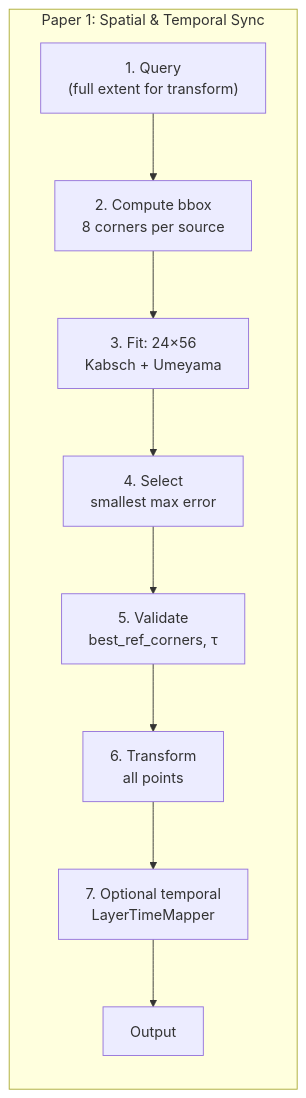
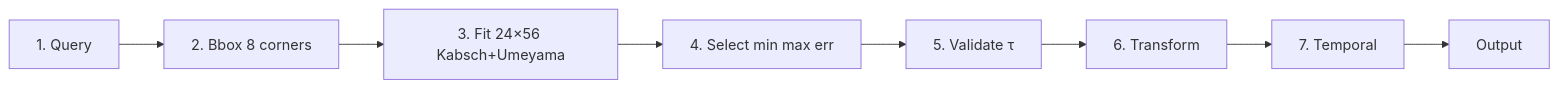
Before and after one commit to kanhaiya-gupta/AM-QADF-Research-Output: the first of 3 diagrams in README.md, drawn with Mermaid. The commit also changed other lines of this file, not shown here.

````diff
--- a/README.md
+++ b/README.md
@@ -52,14 +52,4 @@
 ```mermaid
 flowchart LR
-    subgraph P1["Paper 1: Spatial & Temporal Sync"]
-        A["1. Query<br/>(full extent for transform)"]
-        B["2. Compute bbox<br/>8 corners per source"]
-        C["3. Fit: 24×56<br/>Kabsch + Umeyama"]
-        D["4. Select<br/>smallest max error"]
-        E["5. Validate<br/>best_ref_corners, τ"]
-        F["6. Transform<br/>all points"]
-        G["7. Optional temporal<br/>LayerTimeMapper"]
-        H["Output"]
-        A --> B --> C --> D --> E --> F --> G --> H
-    end
+    A[1. Query] --> B[2. Bbox 8 corners] --> C[3. Fit 24×56 Kabsch+Umeyama] --> D[4. Select min max err] --> E[5. Validate τ] --> F[6. Transform] --> G[7. Temporal] --> H[Output]
 ```
````
